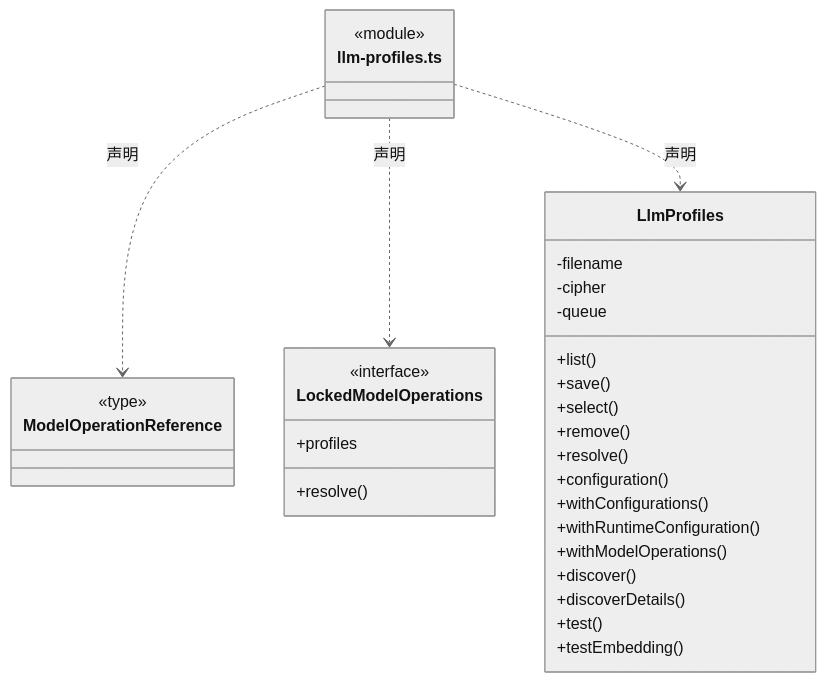
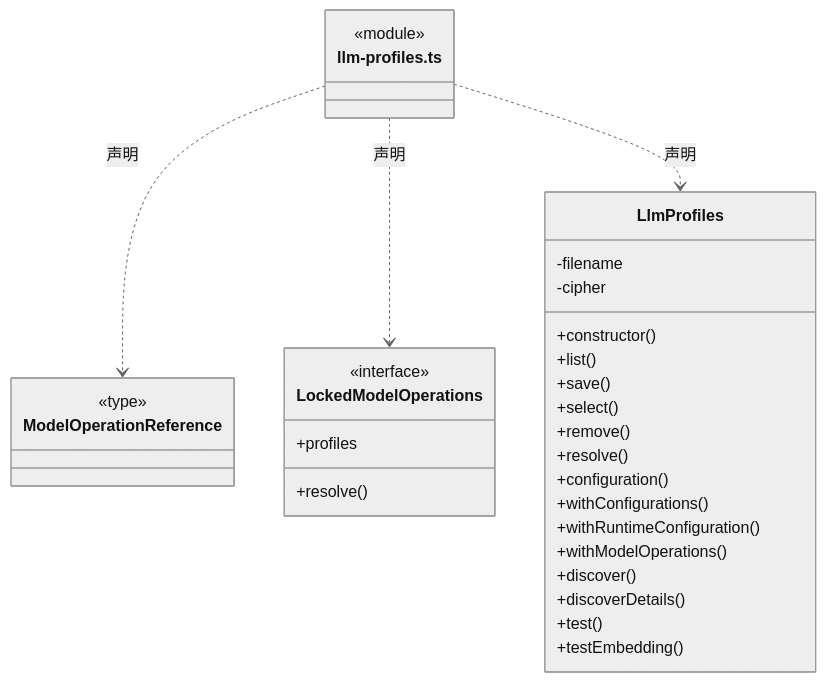
Before and after one commit to nan023062/cbim: the third of 5 diagrams in src/logic/models/service/ARCHITECTURE.md, drawn with Mermaid (neutral theme). The commit also changed other lines of this file and 139 other files, not shown here.

Commit message:
docs(architecture): add source reading paths and complete file inventories

````diff
--- a/src/logic/models/service/ARCHITECTURE.md
+++ b/src/logic/models/service/ARCHITECTURE.md
@@ -69,36 +73,36 @@
 ```mermaid
 classDiagram
 class N_src_logic_models_service_llm_profiles_ts["llm-profiles.ts"] {
   <<module>>
 }
 class N_src_logic_models_service_llm_profiles_ts_ModelOperationReference["ModelOperationReference"] {
   <<type>>
 
 }
 N_src_logic_models_service_llm_profiles_ts ..> N_src_logic_models_service_llm_profiles_ts_ModelOperationReference : 声明
 class N_src_logic_models_service_llm_profiles_ts_LockedModelOperations["LockedModelOperations"] {
   <<interface>>
   +profiles
   +resolve()
 }
 N_src_logic_models_service_llm_profiles_ts ..> N_src_logic_models_service_llm_profiles_ts_LockedModelOperations : 声明
 class N_src_logic_models_service_llm_profiles_ts_LlmProfiles["LlmProfiles"] {
+  +constructor()
   +list()
   +save()
   +select()
   +remove()
   +resolve()
   +configuration()
   +withConfigurations()
   +withRuntimeConfiguration()
   +withModelOperations()
   +discover()
   +discoverDetails()
   +test()
   +testEmbedding()
   -filename
   -cipher
-  -queue
 }
 N_src_logic_models_service_llm_profiles_ts ..> N_src_logic_models_service_llm_profiles_ts_LlmProfiles : 声明
 ```
````
